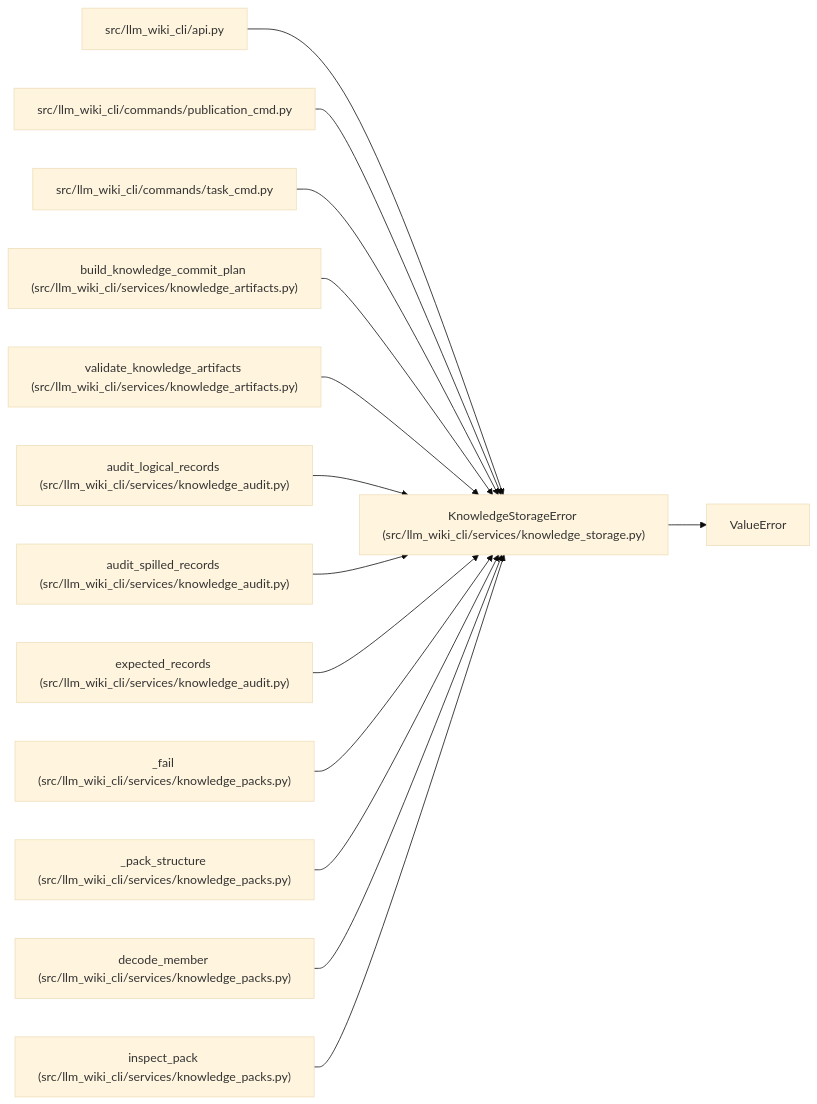
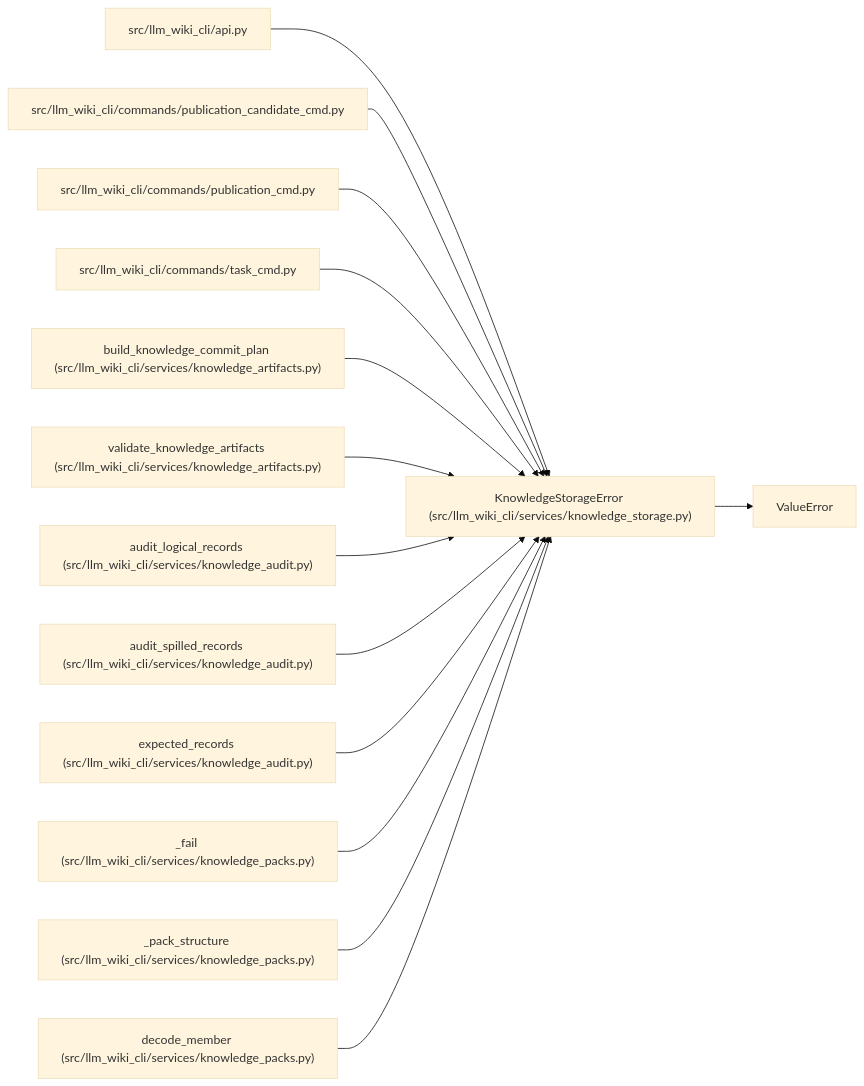
The diagram in docs/llm_wiki/entities/KnowledgeStorageError.md (Denissvgn/python-wiki-llm), drawn with Mermaid (base theme) before and after one commit. The commit also changed other lines of this file and 318 other files, not shown here.

````diff
--- a/docs/llm_wiki/entities/KnowledgeStorageError.md
+++ b/docs/llm_wiki/entities/KnowledgeStorageError.md
@@ -25,43 +25,43 @@
 ```mermaid
 flowchart LR
     n0["KnowledgeStorageError (src/llm_wiki_cli/services/knowledge_storage.py)"]
     n1["ValueError"]
     n2["src/llm_wiki_cli/api.py"]
-    n3["src/llm_wiki_cli/commands/publication_cmd.py"]
-    n4["src/llm_wiki_cli/commands/task_cmd.py"]
-    n5["build_knowledge_commit_plan (src/llm_wiki_cli/services/knowledge_artifacts.py)"]
-    n6["validate_knowledge_artifacts (src/llm_wiki_cli/services/knowledge_artifacts.py)"]
-    n7["audit_logical_records (src/llm_wiki_cli/services/knowledge_audit.py)"]
-    n8["audit_spilled_records (src/llm_wiki_cli/services/knowledge_audit.py)"]
-    n9["expected_records (src/llm_wiki_cli/services/knowledge_audit.py)"]
-    n10["_fail (src/llm_wiki_cli/services/knowledge_packs.py)"]
-    n11["_pack_structure (src/llm_wiki_cli/services/knowledge_packs.py)"]
-    n12["decode_member (src/llm_wiki_cli/services/knowledge_packs.py)"]
-    n13["inspect_pack (src/llm_wiki_cli/services/knowledge_packs.py)"]
+    n3["src/llm_wiki_cli/commands/publication_candidate_cmd.py"]
+    n4["src/llm_wiki_cli/commands/publication_cmd.py"]
+    n5["src/llm_wiki_cli/commands/task_cmd.py"]
+    n6["build_knowledge_commit_plan (src/llm_wiki_cli/services/knowledge_artifacts.py)"]
+    n7["validate_knowledge_artifacts (src/llm_wiki_cli/services/knowledge_artifacts.py)"]
+    n8["audit_logical_records (src/llm_wiki_cli/services/knowledge_audit.py)"]
+    n9["audit_spilled_records (src/llm_wiki_cli/services/knowledge_audit.py)"]
+    n10["expected_records (src/llm_wiki_cli/services/knowledge_audit.py)"]
+    n11["_fail (src/llm_wiki_cli/services/knowledge_packs.py)"]
+    n12["_pack_structure (src/llm_wiki_cli/services/knowledge_packs.py)"]
+    n13["decode_member (src/llm_wiki_cli/services/knowledge_packs.py)"]
     n0 --> n1
     n2 --> n0
     n3 --> n0
     n4 --> n0
     n5 --> n0
     n6 --> n0
     n7 --> n0
     n8 --> n0
     n9 --> n0
     n10 --> n0
     n11 --> n0
     n12 --> n0
     n13 --> n0
     click n0 "../modules/knowledge_storage.md"
     click n2 "../modules/api.md"
-    click n3 "../modules/publication_cmd.md"
-    click n4 "../modules/task_cmd.md"
-    click n5 "../modules/knowledge_artifacts.md"
+    click n3 "../modules/publication_candidate_cmd.md"
+    click n4 "../modules/publication_cmd.md"
+    click n5 "../modules/task_cmd.md"
     click n6 "../modules/knowledge_artifacts.md"
-    click n7 "../modules/knowledge_audit.md"
+    click n7 "../modules/knowledge_artifacts.md"
     click n8 "../modules/knowledge_audit.md"
     click n9 "../modules/knowledge_audit.md"
-    click n10 "../modules/knowledge_packs.md"
+    click n10 "../modules/knowledge_audit.md"
     click n11 "../modules/knowledge_packs.md"
     click n12 "../modules/knowledge_packs.md"
     click n13 "../modules/knowledge_packs.md"
 ```
````
